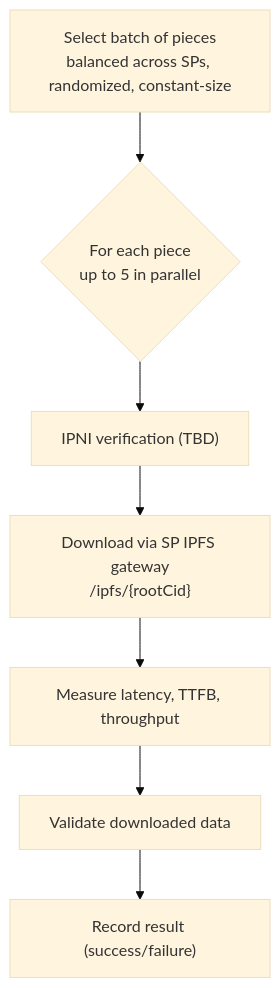
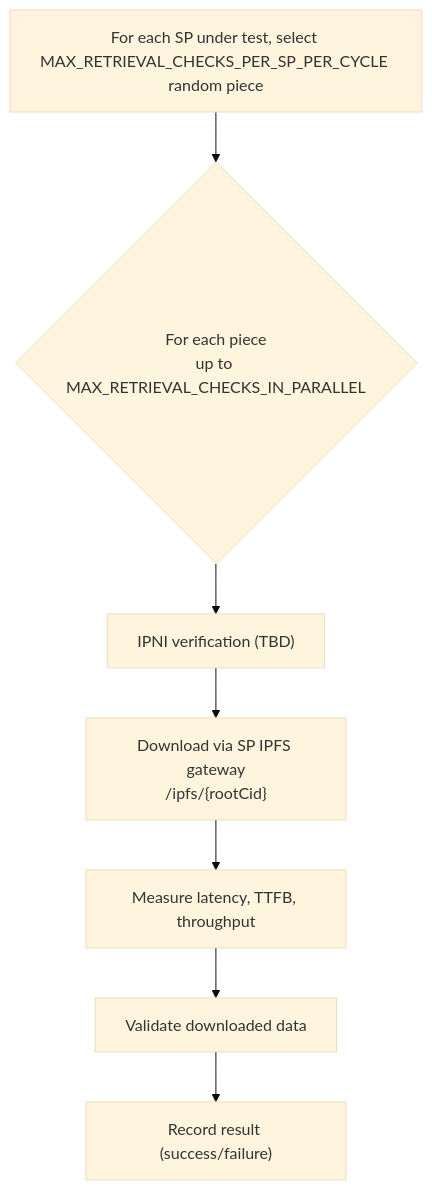
Before and after one commit to FilOzone/dealbot: the diagram in docs/checks/retrievals.md, drawn with Mermaid (base theme). The commit also changed other lines of this file and 3 other files, not shown here.

First line of the commit message:
docs: explain deal status as composite of sub-statuses with branching flow

````diff
--- a/docs/checks/retrievals.md
+++ b/docs/checks/retrievals.md
@@ -37,9 +35,9 @@
 ```mermaid
 flowchart TD
-  A["Select batch of pieces<br/>balanced across SPs, randomized, constant-size"] --> B{"For each piece<br/>up to 5 in parallel"}
+  A["For each SP under test, select MAX_RETRIEVAL_CHECKS_PER_SP_PER_CYCLE random piece"] --> B{"For each piece<br/>up to MAX_RETRIEVAL_CHECKS_IN_PARALLEL"}
   B --> C["IPNI verification (TBD)"]
   C --> D["Download via SP IPFS gateway<br/>/ipfs/{rootCid}"]
   D --> E["Measure latency, TTFB, throughput"]
   E --> F["Validate downloaded data"]
   F --> G["Record result (success/failure)"]
 ```
````
